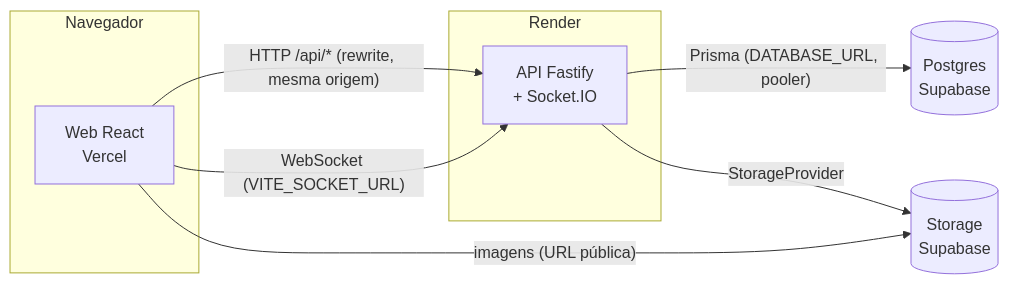
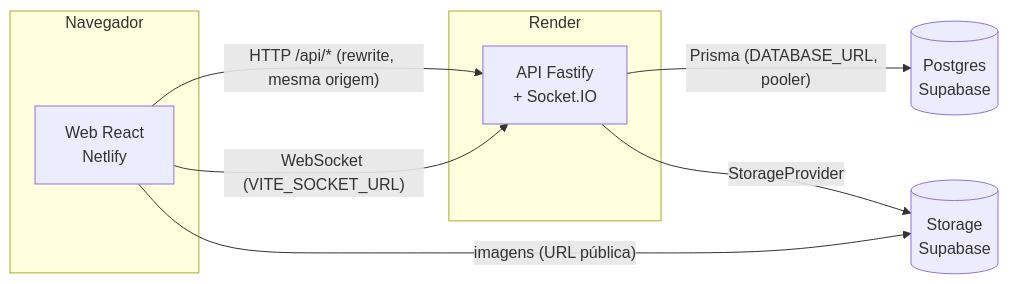
Before and after one commit to Wesley-Silva-hub/TInPet: the first of 3 diagrams in docs/arquitetura.md, drawn with Mermaid. The commit also changed 12 other files, not shown here.

First line of the commit message:
chore: troca Vercel por Netlify no deploy do front

````diff
--- a/docs/arquitetura.md
+++ b/docs/arquitetura.md
@@ -5,14 +5,14 @@
 ```mermaid
 flowchart LR
   subgraph Navegador
-    W[Web React<br/>Vercel]
+    W[Web React<br/>Netlify]
   end
   W -- "HTTP /api/* (rewrite, mesma origem)" --> A
   W -- "WebSocket (VITE_SOCKET_URL)" --> A
   subgraph Render
     A[API Fastify<br/>+ Socket.IO]
   end
   A -- "Prisma (DATABASE_URL, pooler)" --> P[(Postgres<br/>Supabase)]
   A -- "StorageProvider" --> S[(Storage<br/>Supabase)]
   W -- "imagens (URL pública)" --> S
 ```
````
